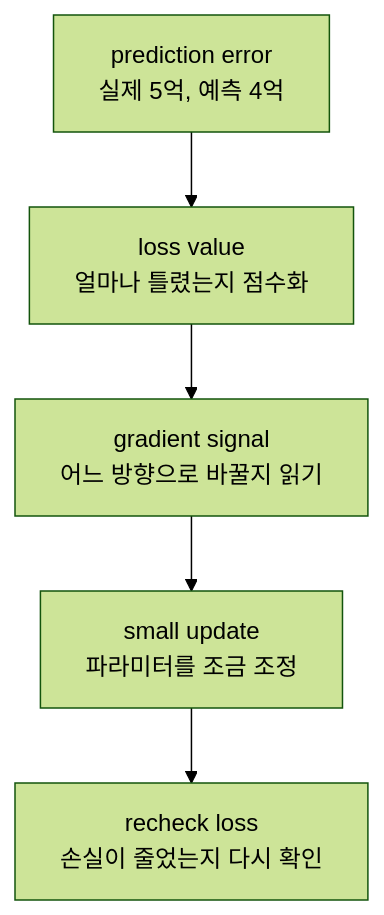
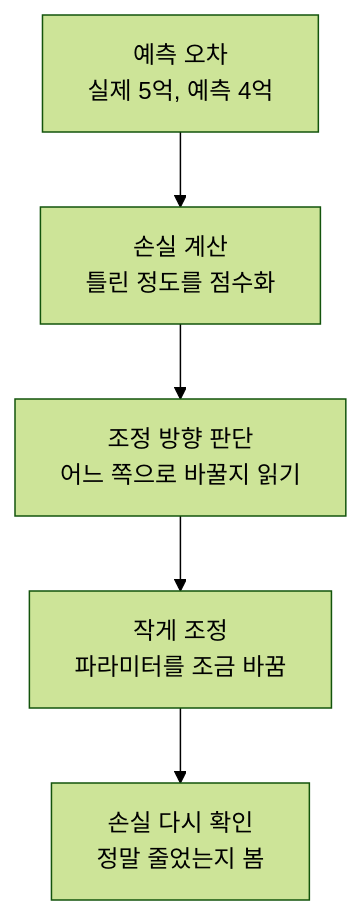
Before and after one commit to devchan64/AiBook: the diagram in docs/parts/part-02/chapter-04/section-04.md, drawn with Mermaid (forest theme). The commit also changed 29 other files, not shown here.

Commit message:
docs: localize part 2 diagrams and locale asset links

````diff
--- a/docs/parts/part-02/chapter-04/section-04.md
+++ b/docs/parts/part-02/chapter-04/section-04.md
@@ -210,10 +210,10 @@
 ```mermaid
 flowchart TD
-  A["prediction error<br/>실제 5억, 예측 4억"]
-  B["loss value<br/>얼마나 틀렸는지 점수화"]
-  C["gradient signal<br/>어느 방향으로 바꿀지 읽기"]
-  D["small update<br/>파라미터를 조금 조정"]
-  E["recheck loss<br/>손실이 줄었는지 다시 확인"]
+  A["예측 오차<br/>실제 5억, 예측 4억"]
+  B["손실 계산<br/>틀린 정도를 점수화"]
+  C["조정 방향 판단<br/>어느 쪽으로 바꿀지 읽기"]
+  D["작게 조정<br/>파라미터를 조금 바꿈"]
+  E["손실 다시 확인<br/>정말 줄었는지 봄"]
 
   A --> B --> C --> D --> E
 ```
````
